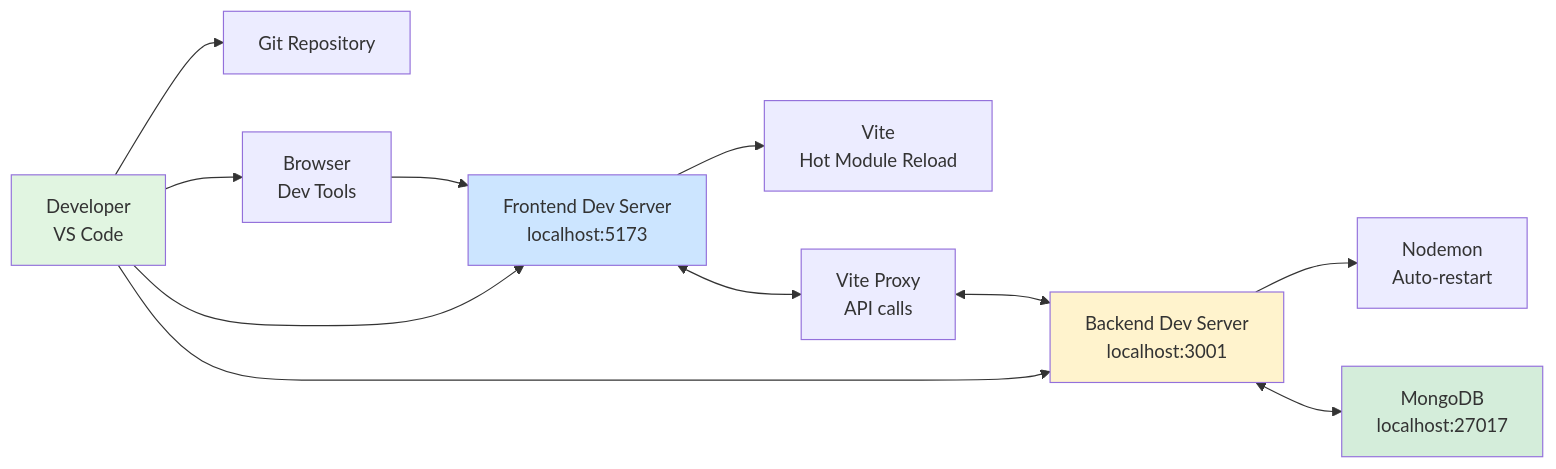
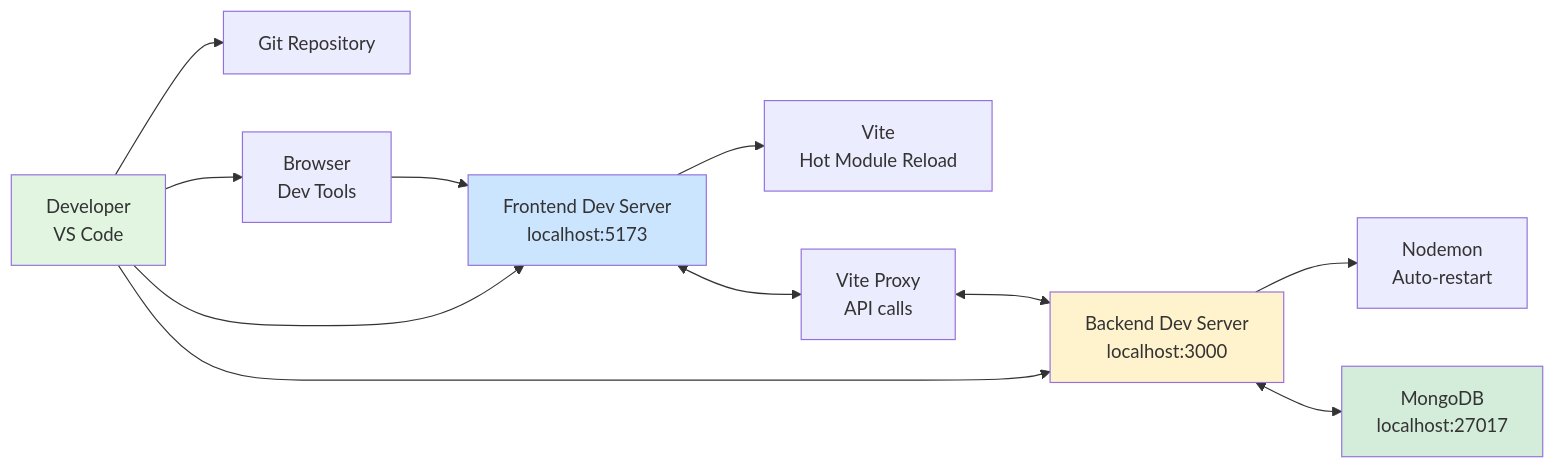
The second of 14 diagrams in diagrams/project_architecture.md (longndt/react-course), drawn with Mermaid before and after one commit. The commit also changed other lines of this file and 6 other files, not shown here.

````diff
--- a/diagrams/project_architecture.md
+++ b/diagrams/project_architecture.md
@@ -63,23 +63,23 @@
 ```mermaid
 graph LR
     Developer[Developer<br/>VS Code] --> Git[Git Repository]
 
     Developer --> Frontend[Frontend Dev Server<br/>localhost:5173]
-    Developer --> Backend[Backend Dev Server<br/>localhost:3001]
+    Developer --> Backend[Backend Dev Server<br/>localhost:3000]
 
     Frontend --> Vite[Vite<br/>Hot Module Reload]
     Backend --> Nodemon[Nodemon<br/>Auto-restart]
 
     Frontend <--> Proxy[Vite Proxy<br/>API calls]
     Proxy <--> Backend
 
     Backend <--> MongoDB[MongoDB<br/>localhost:27017]
 
     Developer --> Browser[Browser<br/>Dev Tools]
     Browser --> Frontend
 
     style Developer fill:#e1f5e1
     style Frontend fill:#cce5ff
     style Backend fill:#fff3cd
     style MongoDB fill:#d4edda
 ```
````
